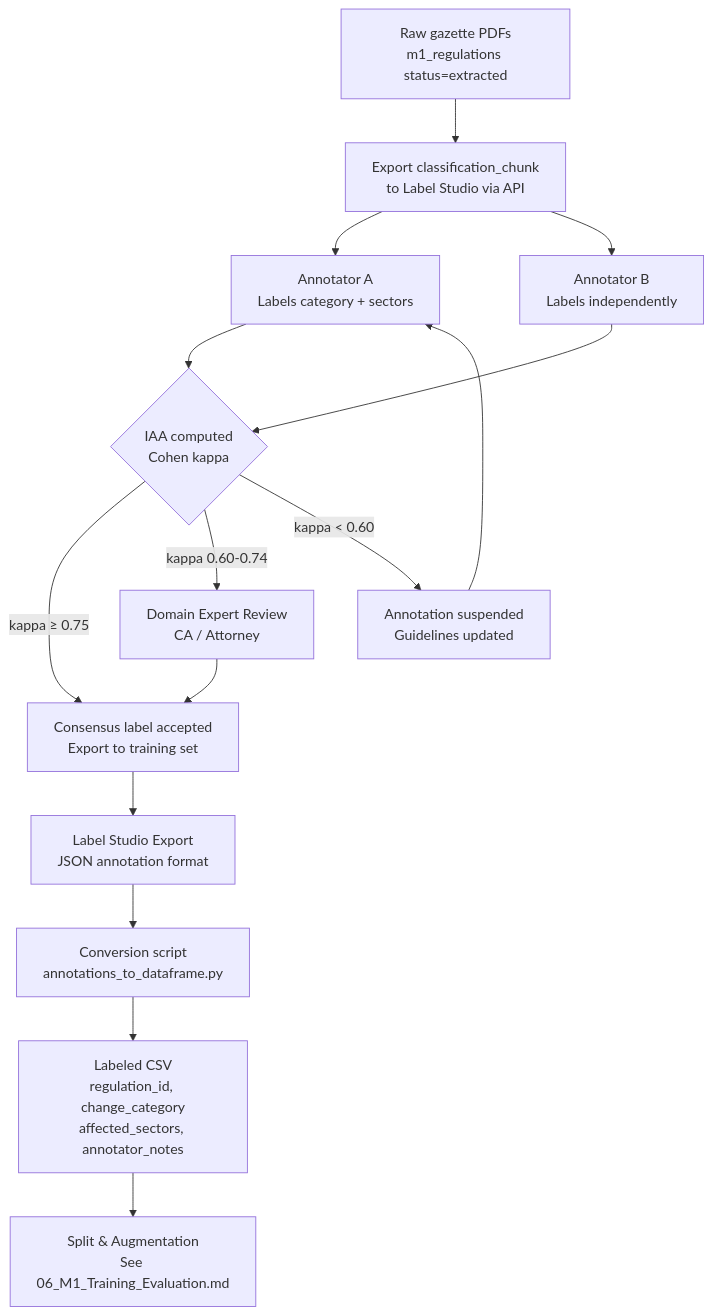
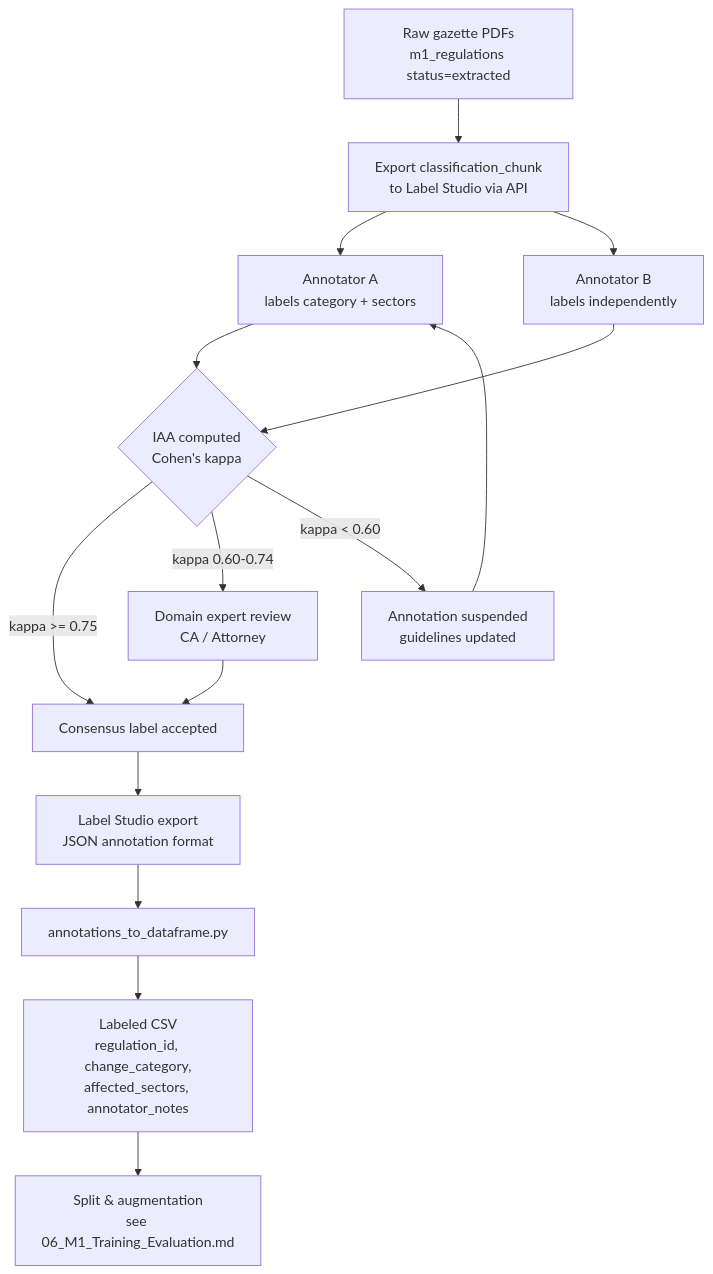
The second of 2 diagrams in 02-Research-Modules/1 Module-1-Awareness-Gap/09_M1_Annotation_Guidelines.md (ifham-mohamed/obs-sme), drawn with Mermaid before and after one commit. The commit also changed other lines of this file and 16 other files, not shown here.

````diff
--- a/02-Research-Modules/1 Module-1-Awareness-Gap/09_M1_Annotation_Guidelines.md
+++ b/02-Research-Modules/1 Module-1-Awareness-Gap/09_M1_Annotation_Guidelines.md
@@ -236,17 +506,17 @@
 ```mermaid
 flowchart TD
-    A[Raw gazette PDFs\nm1_regulations status=extracted] --> B[Export classification_chunk\nto Label Studio via API]
-    B --> C[Annotator A\nLabels category + sectors]
-    B --> D[Annotator B\nLabels independently]
-    C & D --> E{IAA computed\nCohen kappa}
-    E -->|kappa ≥ 0.75| F[Consensus label accepted\nExport to training set]
-    E -->|kappa 0.60-0.74| G[Domain Expert Review\nCA / Attorney]
+    A[Raw gazette PDFs<br/>m1_regulations status=extracted] --> B[Export classification_chunk<br/>to Label Studio via API]
+    B --> C[Annotator A<br/>labels category + sectors]
+    B --> D[Annotator B<br/>labels independently]
+    C & D --> E{IAA computed<br/>Cohen's kappa}
+    E -->|kappa >= 0.75| F[Consensus label accepted]
+    E -->|kappa 0.60-0.74| G[Domain expert review<br/>CA / Attorney]
     G --> F
-    E -->|kappa < 0.60| H[Annotation suspended\nGuidelines updated]
+    E -->|kappa < 0.60| H[Annotation suspended<br/>guidelines updated]
     H --> C
 
-    F --> I[Label Studio Export\nJSON annotation format]
-    I --> J[Conversion script\nannotations_to_dataframe.py]
-    J --> K[Labeled CSV\nregulation_id, change_category\naffected_sectors, annotator_notes]
-    K --> L[Split & Augmentation\nSee 06_M1_Training_Evaluation.md]
+    F --> I[Label Studio export<br/>JSON annotation format]
+    I --> J[annotations_to_dataframe.py]
+    J --> K[Labeled CSV<br/>regulation_id, change_category,<br/>affected_sectors, annotator_notes]
+    K --> L[Split & augmentation<br/>see 06_M1_Training_Evaluation.md]
 ```
````
